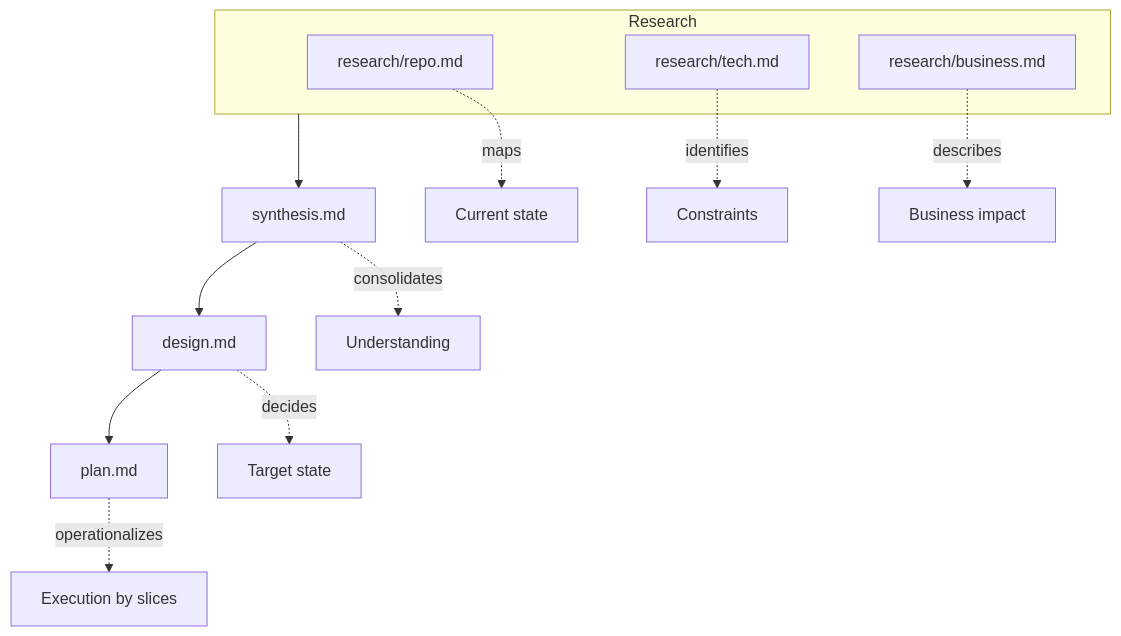
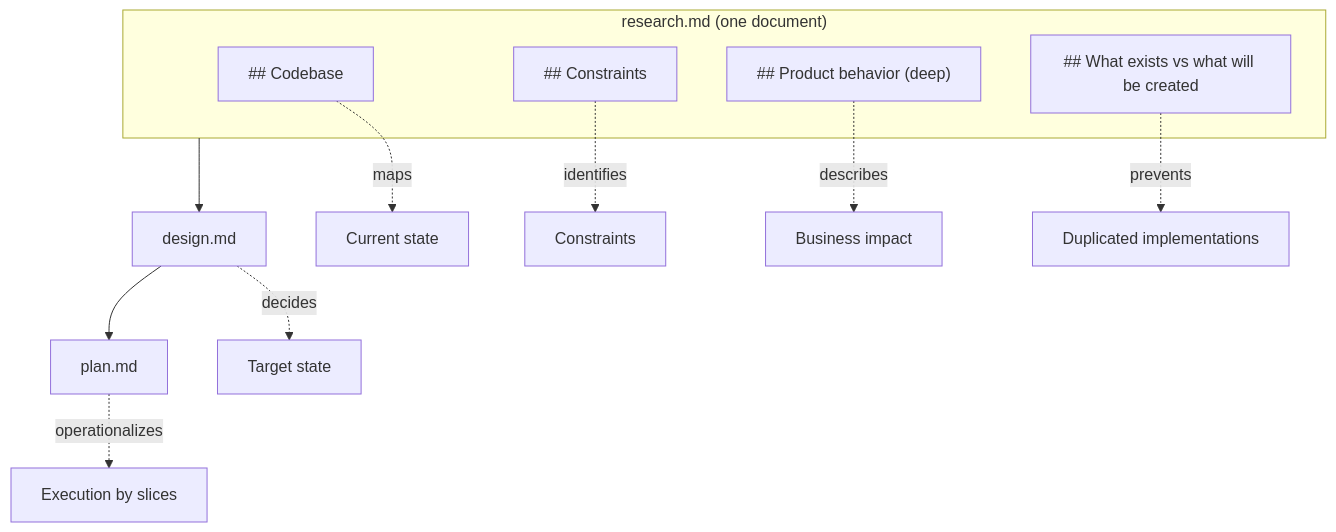
Before and after one commit to atelier-kit/atelier-kit: the eighth of 17 diagrams in atelier-kit-manifesto.md, drawn with Mermaid. The commit also changed other lines of this file and 39 other files, not shown here.

````diff
--- a/atelier-kit-manifesto.md
+++ b/atelier-kit-manifesto.md
@@ -252,19 +243,19 @@
 ```mermaid
 flowchart TB
-    subgraph Research[Research]
-        R1[research/repo.md]
-        R2[research/tech.md]
-        R3[research/business.md]
+    subgraph Research["research.md (one document)"]
+        R1[## Codebase]
+        R2[## Constraints]
+        R3["## Product behavior (deep)"]
+        R4[## What exists vs what will be created]
     end
 
-    Research --> Syn[synthesis.md]
-    Syn --> Des[design.md]
+    Research --> Des[design.md]
     Des --> Plan[plan.md]
 
     R1 -. maps .-> Current[Current state]
     R2 -. identifies .-> Constraints[Constraints]
     R3 -. describes .-> Impact[Business impact]
-    Syn -. consolidates .-> Understanding[Understanding]
+    R4 -. prevents .-> Duplication[Duplicated implementations]
     Des -. decides .-> Target[Target state]
     Plan -. operationalizes .-> Execution[Execution by slices]
 ```
````
